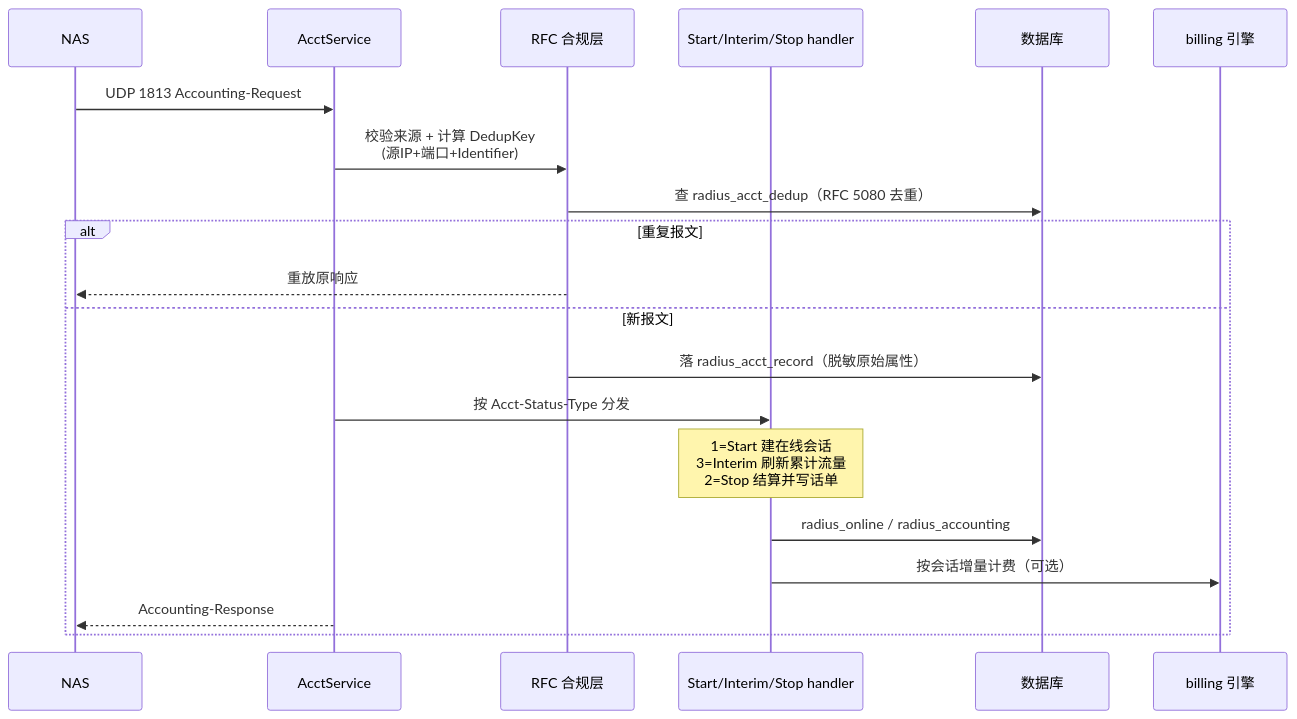
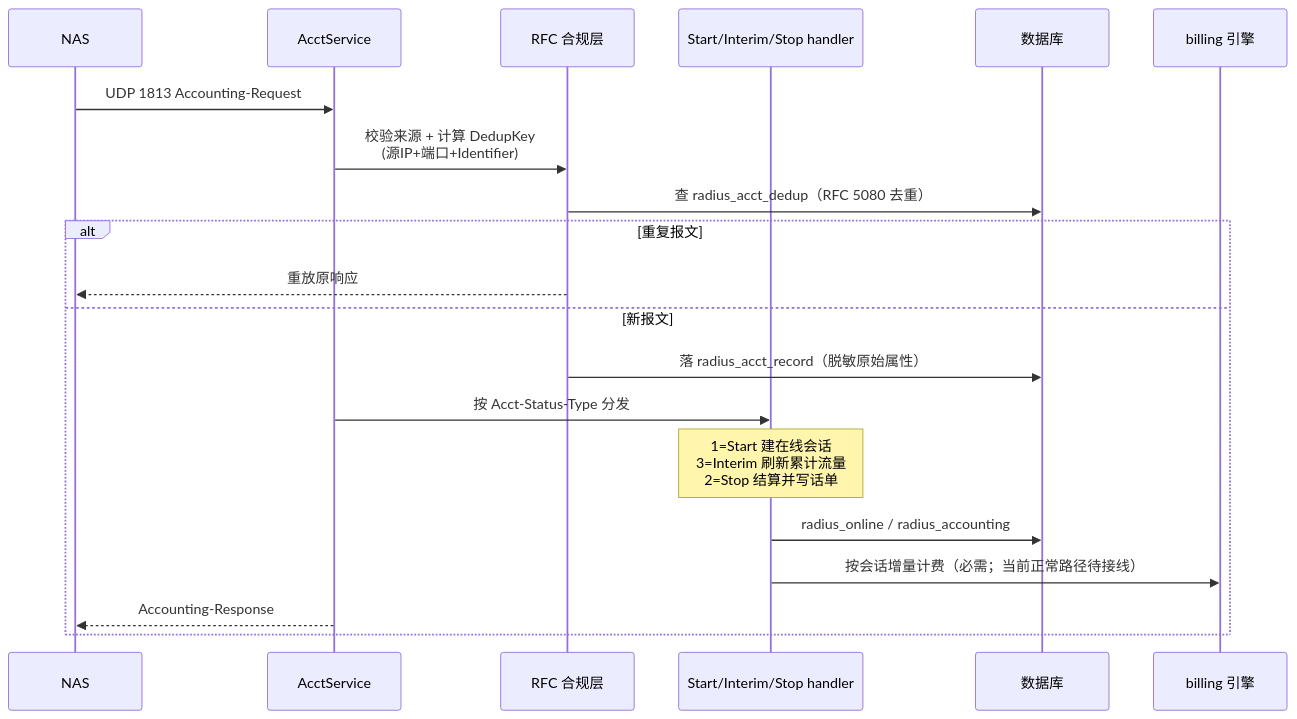
The third of 8 diagrams in docs/PROJECT-GUIDE.md (fanchaoping37/toughradius), drawn with Mermaid before and after one commit. The commit also changed other lines of this file and 7 other files, not shown here.

Commit message:
docs: freeze 7 business clarifications (architecture baseline only, no code changes)

````diff
--- a/docs/PROJECT-GUIDE.md
+++ b/docs/PROJECT-GUIDE.md
@@ -126,23 +140,23 @@
 ```mermaid
 sequenceDiagram
     participant NAS
     participant A as AcctService
     participant D as RFC 合规层
     participant H as Start/Interim/Stop handler
     participant DB as 数据库
     participant B as billing 引擎
 
     NAS->>A: UDP 1813 Accounting-Request
     A->>D: 校验来源 + 计算 DedupKey<br/>(源IP+端口+Identifier)
     D->>DB: 查 radius_acct_dedup（RFC 5080 去重）
     alt 重复报文
         D-->>NAS: 重放原响应
     else 新报文
         D->>DB: 落 radius_acct_record（脱敏原始属性）
         A->>H: 按 Acct-Status-Type 分发
         Note over H: 1=Start 建在线会话<br/>3=Interim 刷新累计流量<br/>2=Stop 结算并写话单
         H->>DB: radius_online / radius_accounting
-        H->>B: 按会话增量计费（可选）
+        H->>B: 按会话增量计费（必需；当前正常路径待接线）
         A-->>NAS: Accounting-Response
     end
 ```
````
